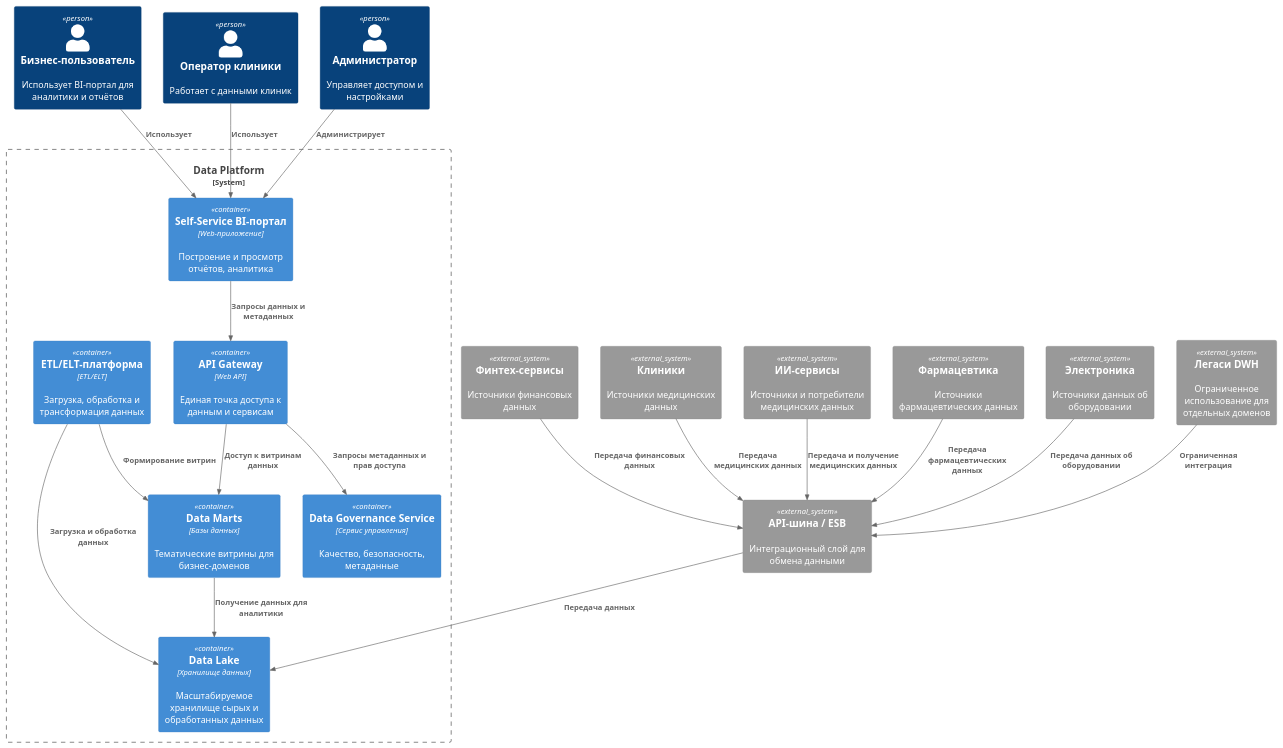
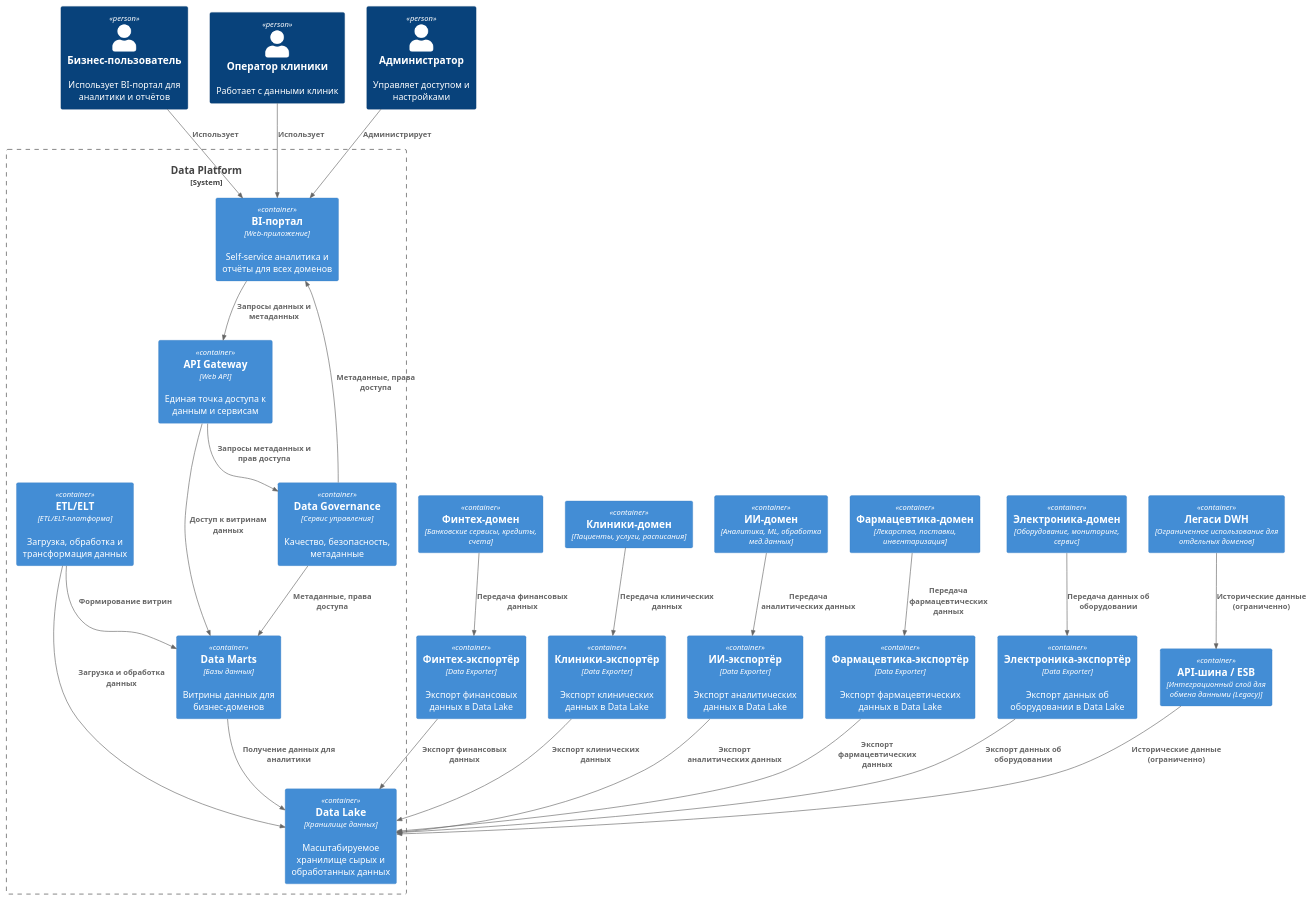
One commit to Natrofl/architecture-future_2_0 changed the diagram in Task1/C4_containers.puml. Above: the diagram before and after it, drawn with PlantUML.

Commit message:
fixup! Задание 1

```diff
--- a/Task1/C4_containers.puml
+++ b/Task1/C4_containers.puml
@@ -1,42 +1,67 @@
 @startuml
 !include https://raw.githubusercontent.com/plantuml-stdlib/C4-PlantUML/master/C4_Container.puml
 
 Person(business_user, "Бизнес-пользователь", "Использует BI-портал для аналитики и отчётов")
 Person(clinic_operator, "Оператор клиники", "Работает с данными клиник")
 Person(admin, "Администратор", "Управляет доступом и настройками")
 
 System_Boundary(s1, "Data Platform") {
-    Container(bi_portal, "Self-Service BI-портал", "Web-приложение", "Построение и просмотр отчётов, аналитика")
+    Container(bi_portal, "BI-портал", "Web-приложение", "Self-service аналитика и отчёты для всех доменов")
     Container(api_gateway, "API Gateway", "Web API", "Единая точка доступа к данным и сервисам")
     Container(data_lake, "Data Lake", "Хранилище данных", "Масштабируемое хранилище сырых и обработанных данных")
-    Container(data_marts, "Data Marts", "Базы данных", "Тематические витрины для бизнес-доменов")
-    Container(etl, "ETL/ELT-платформа", "ETL/ELT", "Загрузка, обработка и трансформация данных")
-    Container(governance, "Data Governance Service", "Сервис управления", "Качество, безопасность, метаданные")
+    Container(data_marts, "Data Marts", "Базы данных", "Витрины данных для бизнес-доменов")
+    Container(etl, "ETL/ELT", "ETL/ELT-платформа", "Загрузка, обработка и трансформация данных")
+    Container(governance, "Data Governance", "Сервис управления", "Качество, безопасность, метаданные")
 }
 
-System_Ext(api_bus, "API-шина / ESB", "Интеграционный слой для обмена данными")
-System_Ext(fintech, "Финтех-сервисы", "Источники финансовых данных")
-System_Ext(clinics, "Клиники", "Источники медицинских данных")
-System_Ext(ai, "ИИ-сервисы", "Источники и потребители медицинских данных")
-System_Ext(pharma, "Фармацевтика", "Источники фармацевтических данных")
-System_Ext(electronics, "Электроника", "Источники данных об оборудовании")
-System_Ext(legacy_dwh, "Легаси DWH", "Ограниченное использование для отдельных доменов")
+Container(fintech, "Финтех-домен", "Банковские сервисы, кредиты, счета")
+Container(fintech_exporter, "Финтех-экспортёр", "Data Exporter", "Экспорт финансовых данных в Data Lake")
+
+Container(clinics, "Клиники-домен", "Пациенты, услуги, расписания")
+Container(clinics_exporter, "Клиники-экспортёр", "Data Exporter", "Экспорт клинических данных в Data Lake")
+
+Container(ai, "ИИ-домен", "Аналитика, ML, обработка мед.данных")
+Container(ai_exporter, "ИИ-экспортёр", "Data Exporter", "Экспорт аналитических данных в Data Lake")
+
+Container(pharma, "Фармацевтика-домен", "Лекарства, поставки, инвентаризация")
+Container(pharma_exporter, "Фармацевтика-экспортёр", "Data Exporter", "Экспорт фармацевтических данных в Data Lake")
+
+Container(electronics, "Электроника-домен", "Оборудование, мониторинг, сервис")
+Container(electronics_exporter, "Электроника-экспортёр", "Data Exporter", "Экспорт данных об оборудовании в Data Lake")
+
+Container(legacy_dwh, "Легаси DWH", "Ограниченное использование для отдельных доменов")
+Container(api_bus, "API-шина / ESB", "Интеграционный слой для обмена данными (Legacy)")
 
 Rel(business_user, bi_portal, "Использует")
 Rel(clinic_operator, bi_portal, "Использует")
 Rel(admin, bi_portal, "Администрирует")
 
 Rel(bi_portal, api_gateway, "Запросы данных и метаданных")
 Rel(api_gateway, data_marts, "Доступ к витринам данных")
 Rel(api_gateway, governance, "Запросы метаданных и прав доступа")
 Rel(data_marts, data_lake, "Получение данных для аналитики")
 Rel(etl, data_lake, "Загрузка и обработка данных")
 Rel(etl, data_marts, "Формирование витрин")
-Rel(api_bus, data_lake, "Передача данных")
-Rel(fintech, api_bus, "Передача финансовых данных")
-Rel(clinics, api_bus, "Передача медицинских данных")
-Rel(ai, api_bus, "Передача и получение медицинских данных")
-Rel(pharma, api_bus, "Передача фармацевтических данных")
-Rel(electronics, api_bus, "Передача данных об оборудовании")
-Rel(legacy_dwh, api_bus, "Ограниченная интеграция")
+Rel(governance, data_marts, "Метаданные, права доступа")
+Rel(governance, bi_portal, "Метаданные, права доступа")
+
+' Потоки данных из доменов через экспортеры
+Rel(fintech, fintech_exporter, "Передача финансовых данных")
+Rel(fintech_exporter, data_lake, "Экспорт финансовых данных")
+
+Rel(clinics, clinics_exporter, "Передача клинических данных")
+Rel(clinics_exporter, data_lake, "Экспорт клинических данных")
+
+Rel(ai, ai_exporter, "Передача аналитических данных")
+Rel(ai_exporter, data_lake, "Экспорт аналитических данных")
+
+Rel(pharma, pharma_exporter, "Передача фармацевтических данных")
+Rel(pharma_exporter, data_lake, "Экспорт фармацевтических данных")
+
+Rel(electronics, electronics_exporter, "Передача данных об оборудовании")
+Rel(electronics_exporter, data_lake, "Экспорт данных об оборудовании")
+
+Rel(legacy_dwh, api_bus, "Исторические данные (ограниченно)")
+Rel(api_bus, data_lake, "Исторические данные (ограниченно)")
+
 @enduml
```
